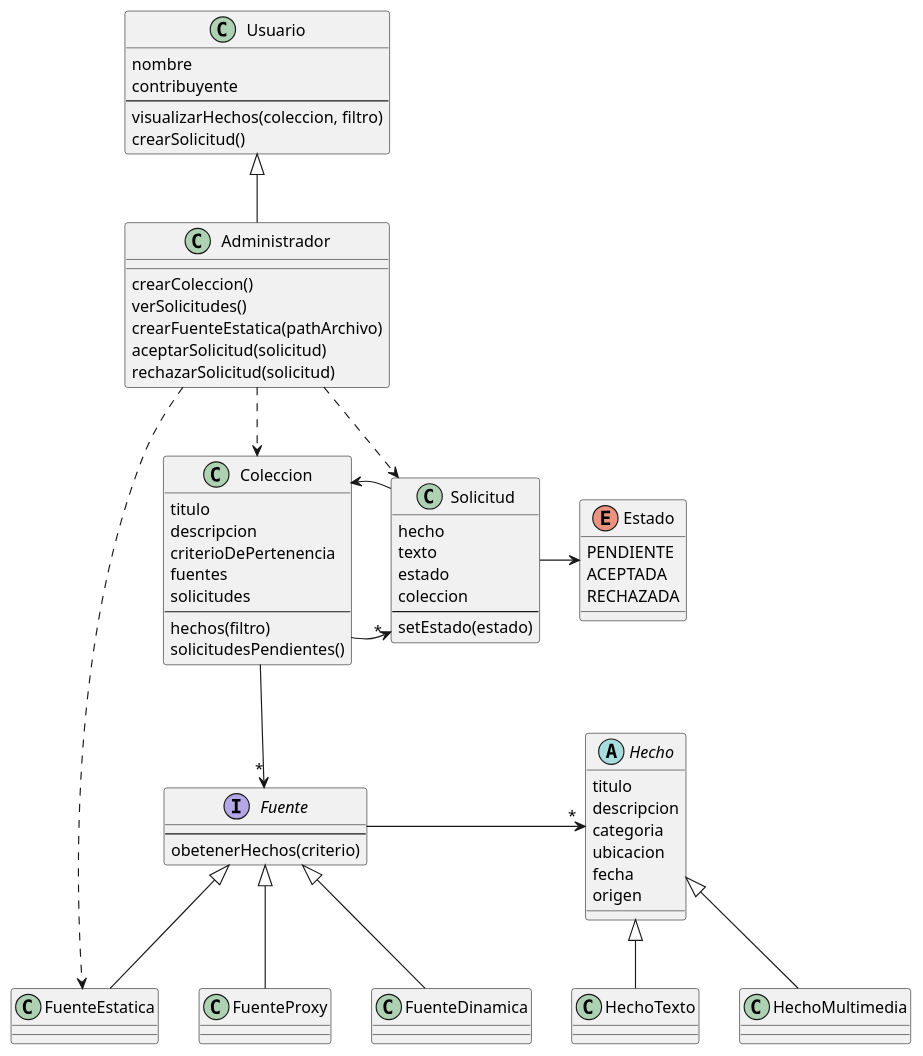
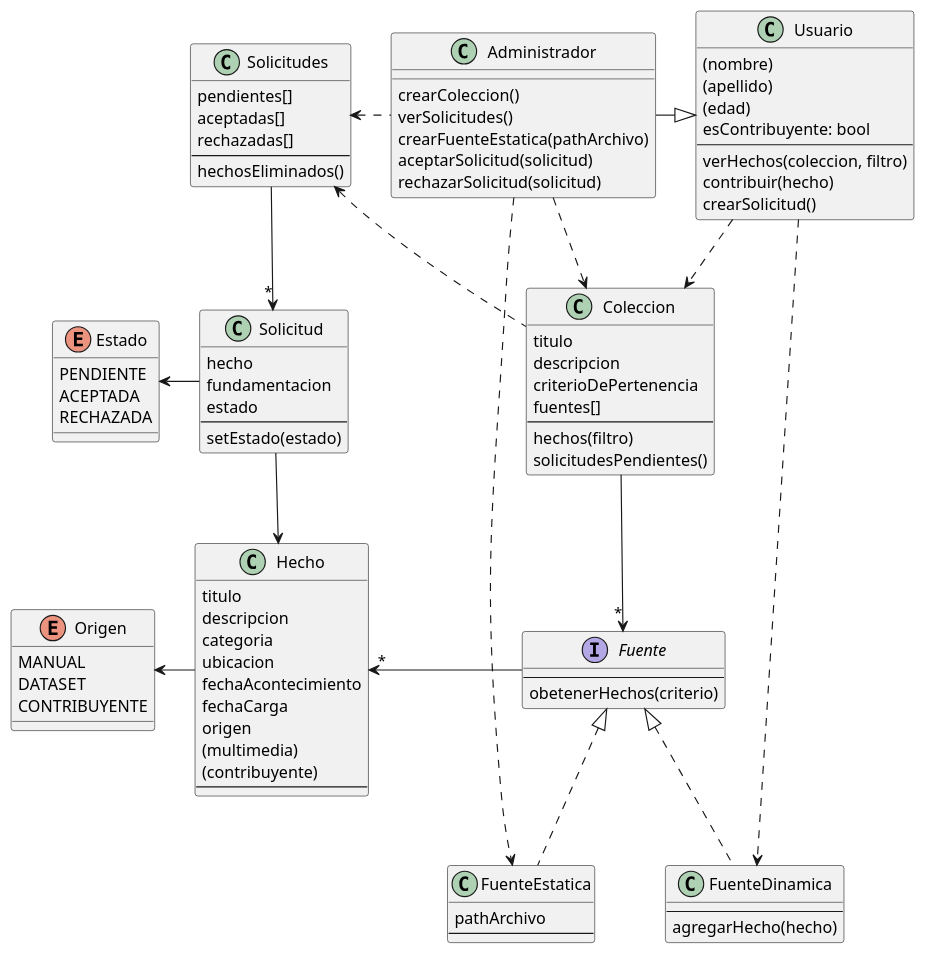
The diagram in diagramas/diagrama-clases.puml (lrizzitano/Metamapa), drawn with PlantUML before and after one commit.

Commit message:
Actualizacion diagrama de clases

```diff
--- a/diagramas/diagrama-clases.puml
+++ b/diagramas/diagrama-clases.puml
@@ -1,108 +1,126 @@
 @startuml MetaMapa
 
 class Usuario {
-    nombre
-    contribuyente
+    (nombre)
+    (apellido)
+    (edad)
+    esContribuyente: bool
     --
-    visualizarHechos(coleccion, filtro)
+    verHechos(coleccion, filtro)
+    contribuir(hecho)
     crearSolicitud()
 }
 
 class Administrador {
     crearColeccion()
     verSolicitudes()
     crearFuenteEstatica(pathArchivo)
     aceptarSolicitud(solicitud)
     rechazarSolicitud(solicitud)
 
 }
 
 class Solicitud {
     hecho
-    texto
+    fundamentacion
     estado
-    coleccion
     --
     setEstado(estado)
+}
+
+class Solicitudes{
+    pendientes[]
+    aceptadas[]
+    rechazadas[]
+    --
+    hechosEliminados()
 }
 
 class Coleccion {
     titulo
     descripcion
     criterioDePertenencia
-    fuentes
-    solicitudes
+    fuentes[]
     --
     hechos(filtro)
     solicitudesPendientes()
 }
 
 interface Fuente {
     --
     obetenerHechos(criterio)
 }
 
 class FuenteEstatica {
-
+    pathArchivo
+    --
 }
 
 class FuenteDinamica {
-
+    --
+    agregarHecho(hecho)
 }
 
-class FuenteProxy{
-
-}
-
-abstract class Hecho {
+class Hecho {
     titulo
     descripcion
     categoria
     ubicacion
-    fecha
+    fechaAcontecimiento
+    fechaCarga
     origen
-}
-
-class HechoTexto {
-
-}
-
-class HechoMultimedia {
-
+    (multimedia)
+    (contribuyente)
+    --
 }
 
 enum Estado {
     PENDIENTE
     ACEPTADA
     RECHAZADA
 }
 
+enum Origen {
+    MANUAL
+    DATASET
+    CONTRIBUYENTE
+}
 
-Administrador -u-|> Usuario
+
+Administrador -r-|> Usuario
 
 Administrador ..> Coleccion
-Administrador ..> Solicitud
+Administrador .l.> Solicitudes
 Administrador ..> FuenteEstatica
+
+Usuario ..> FuenteDinamica
+Usuario ..> Coleccion
 
 
 Coleccion --> "*" Fuente
-Coleccion --> "*" Solicitud
+Coleccion .l.> Solicitudes
 
-Fuente -> "*" Hecho
+Fuente -l-> "*" Hecho
 
-FuenteEstatica -u-|> Fuente
-FuenteProxy -u-|> Fuente
-FuenteDinamica -u-|> Fuente
+FuenteEstatica .u.|> Fuente
+FuenteDinamica .u.|> Fuente
 
-FuenteEstatica -[hidden]r- FuenteDinamica
+Hecho -l-> Origen
 
-HechoTexto -u-|> Hecho
-HechoMultimedia -u-|> Hecho
+Solicitud -l-> Estado
+Solicitud --> Hecho
 
-Solicitud -> Coleccion
-Solicitud -> Estado
+Solicitudes -->"*" Solicitud
 
-' TODO preguntar Etiqueta
+' TODO Preguntas:
 
+'   Implementacion de las etiquetas
+
+'   Una coleccion puede tener mas de una fuente?
+
+'   Las fuentes van a buscar los datos cada vez que se les hace una consulta
+'   o guardan los datos de manera local?
+
+'   Tiene sentido inlucluir clases en el diagrama que no se van a aplicar en esta entrega?
 
 @enduml
```
